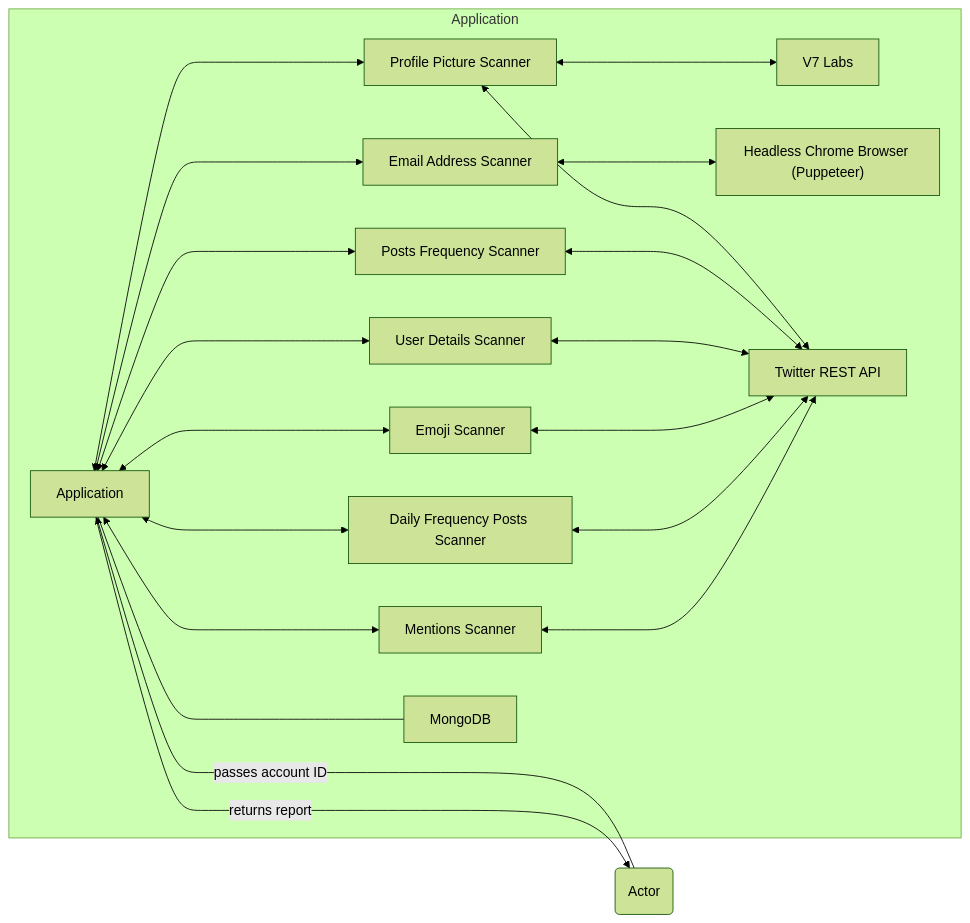
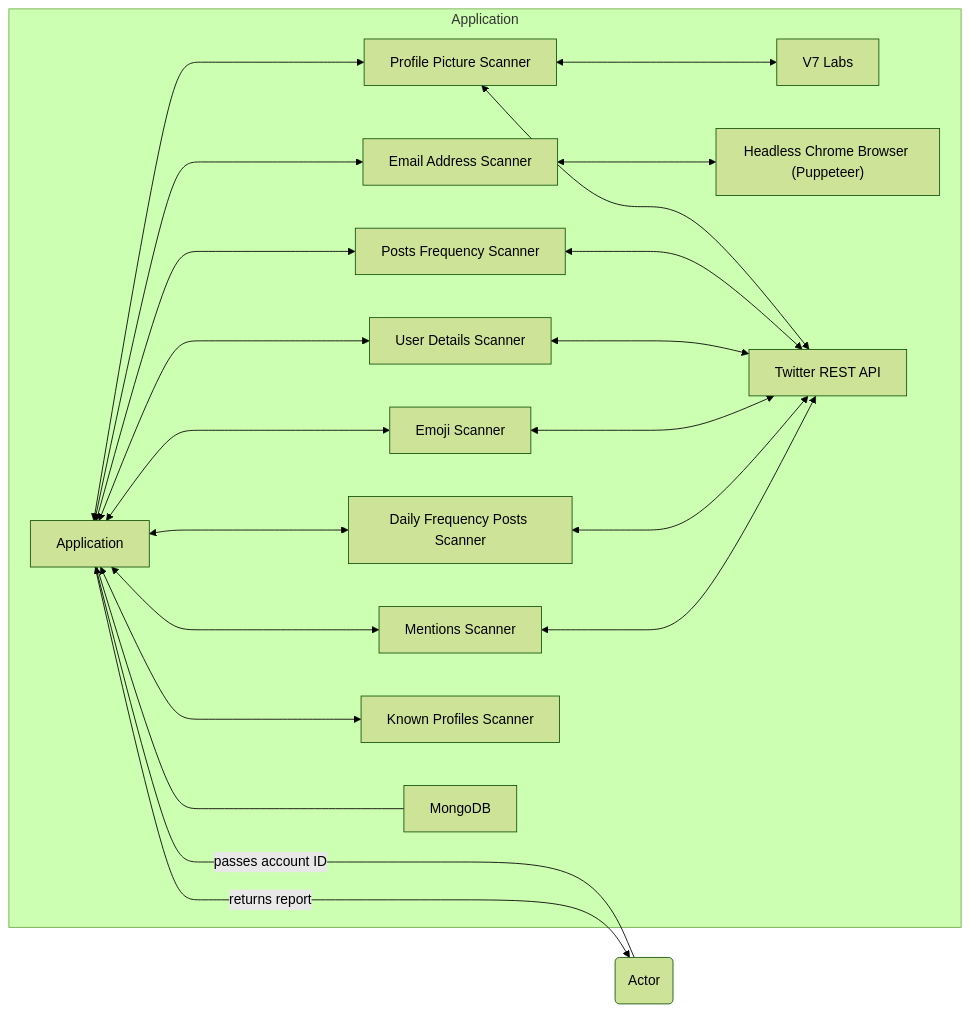
One commit to elszczepano/master-thesis-automation changed the first of 2 diagrams in README.md. Above: the diagram before and after it, drawn with Mermaid (forest theme).

Commit message:
Update diagram

````diff
--- a/README.md
+++ b/README.md
@@ -24,23 +24,24 @@
 ```mermaid
 flowchart RL
     A(Actor) -- passes account ID ----> B[Application]
     B -- returns report --> A
     subgraph Application
         C[Profile Picture Scanner] <---> B
         E[Posts Frequency Scanner] <---> B
         F[User Details Scanner] <---> B
         G[Emoji Scanner] <---> B
         K[Daily Frequency Posts Scanner]  <---> B
         L[Mentions Scanner]  <---> B
         D[Email Address Scanner] <---> B
+        N[Known Profiles Scanner] <---> B
         M[MongoDB] <--- B
         H[V7 Labs] <---> C
         I["Headless Chrome Browser (Puppeteer)"] <---> D
         J[Twitter REST API] <---> C
         J <---> E
         J <---> F
         J <---> G
         J <---> K
         J <---> L
     end
 ```
````
